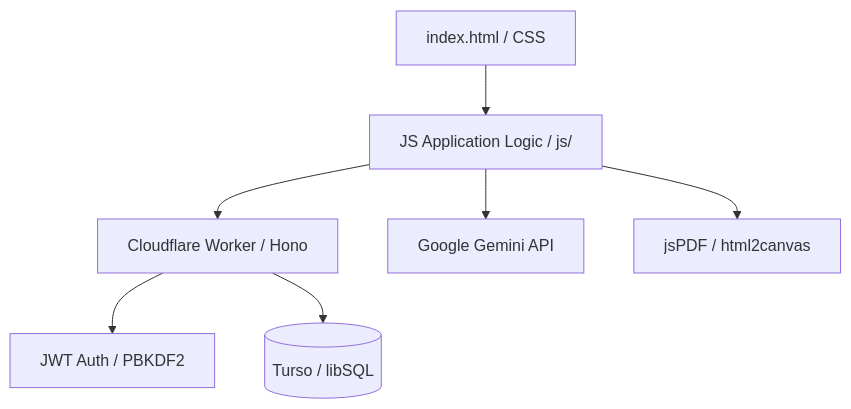
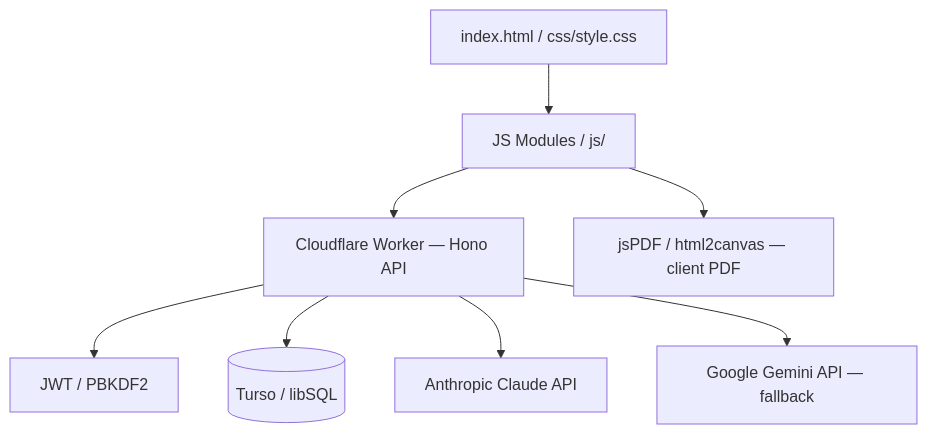
Before and after one commit to theronv/trainingflow: the diagram in README.md, drawn with Mermaid. The commit also changed other lines of this file, not shown here.

First line of the commit message:
docs: rewrite README with current feature set and architecture

````diff
--- a/README.md
+++ b/README.md
@@ -29,9 +39,10 @@
 ```mermaid
 graph TD
-    UI[index.html / CSS] --> JS[JS Application Logic / js/]
-    JS --> Worker[Cloudflare Worker / Hono]
-    Worker --> Auth[JWT Auth / PBKDF2]
+    UI[index.html / css/style.css] --> JS[JS Modules / js/]
+    JS --> Worker[Cloudflare Worker — Hono API]
+    Worker --> Auth[JWT / PBKDF2]
     Worker --> DB[(Turso / libSQL)]
-    JS --> Gemini[Google Gemini API]
-    JS --> PDF[jsPDF / html2canvas]
+    Worker --> Claude[Anthropic Claude API]
+    Worker --> Gemini[Google Gemini API — fallback]
+    JS --> PDF[jsPDF / html2canvas — client PDF]
 ```
````
